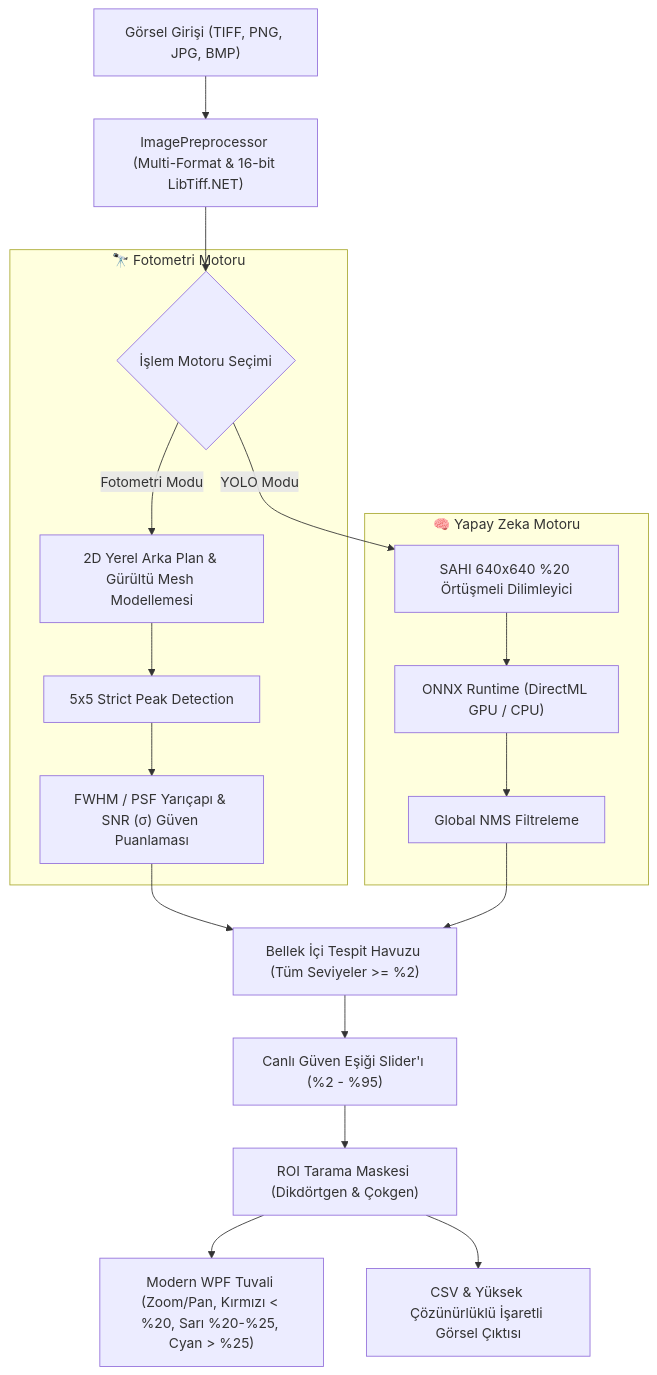
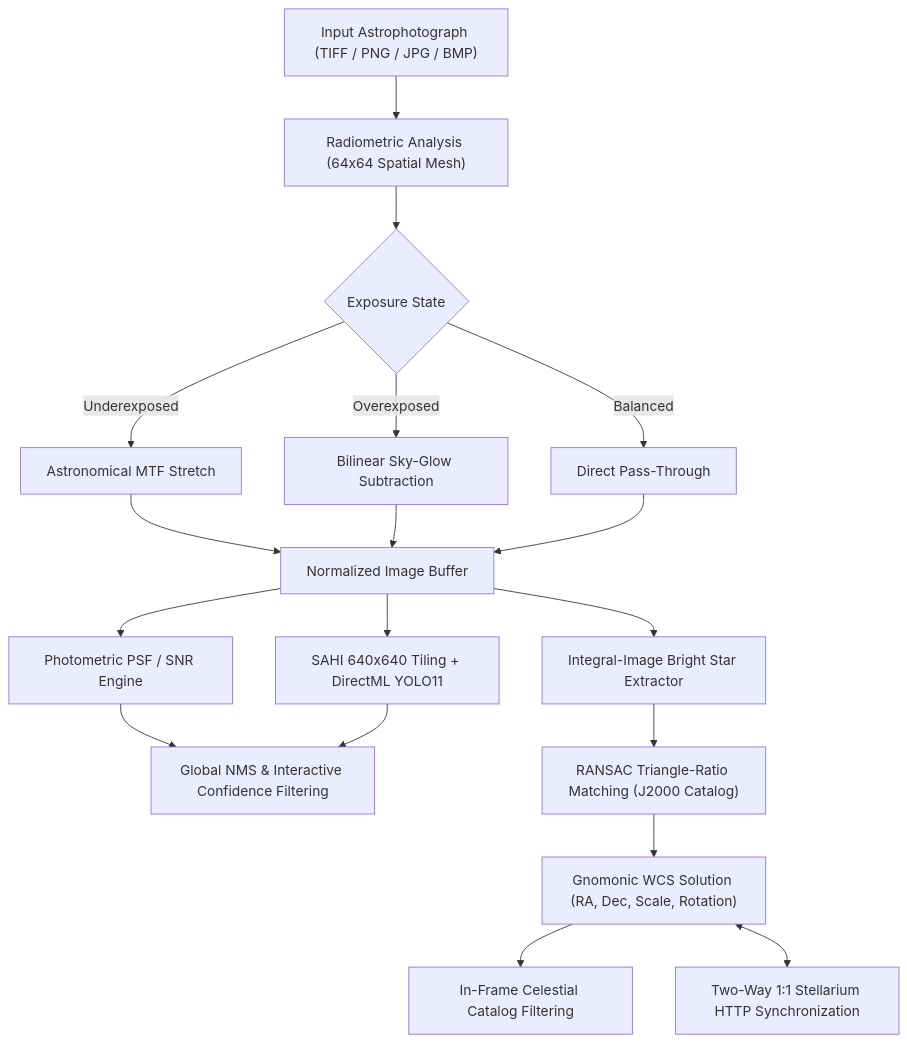
Before and after one commit to ghostkronos/AstroCounter: the diagram in README.md, drawn with Mermaid. The commit also changed other lines of this file and 26 other files, not shown here.

Commit message:
Release v1.1.2: Photometric calibration, in-frame catalog detection, bilingual UI, and Stellarium 1:1 sync

````diff
--- a/README.md
+++ b/README.md
@@ -118,26 +34,20 @@
 ```mermaid
 flowchart TD
-    A["Görsel Girişi (TIFF, PNG, JPG, BMP)"] --> B["ImagePreprocessor (Multi-Format & 16-bit LibTiff.NET)"]
-    B --> C{"İşlem Motoru Seçimi"}
-    
-    subgraph "🔭 Fotometri Motoru"
-        C -- "Fotometri Modu" --> D1["2D Yerel Arka Plan & Gürültü Mesh Modellemesi"]
-        D1 --> D2["5x5 Strict Peak Detection"]
-        D2 --> D3["FWHM / PSF Yarıçapı & SNR (σ) Güven Puanlaması"]
-    end
-
-    subgraph "🧠 Yapay Zeka Motoru"
-        C -- "YOLO Modu" --> E1["SAHI 640x640 %20 Örtüşmeli Dilimleyici"]
-        E1 --> E2["ONNX Runtime (DirectML GPU / CPU)"]
-        E2 --> E3["Global NMS Filtreleme"]
-    end
-
-    D3 --> F["Bellek İçi Tespit Havuzu (Tüm Seviyeler >= %2)"]
-    E3 --> F
-
-    F --> G["Canlı Güven Eşiği Slider'ı (%2 - %95)"]
-    G --> H["ROI Tarama Maskesi (Dikdörtgen & Çokgen)"]
-    
-    H --> I["Modern WPF Tuvali (Zoom/Pan, Kırmızı < %20, Sarı %20-%25, Cyan > %25)"]
-    H --> J["CSV & Yüksek Çözünürlüklü İşaretli Görsel Çıktısı"]
+    A["Input Astrophotograph (TIFF / PNG / JPG / BMP)"] --> B["Radiometric Analysis (64x64 Spatial Mesh)"]
+    B --> C{"Exposure State"}
+    C -->|Underexposed| D["Astronomical MTF Stretch"]
+    C -->|Overexposed| E["Bilinear Sky-Glow Subtraction"]
+    C -->|Balanced| F["Direct Pass-Through"]
+    D --> G["Normalized Image Buffer"]
+    E --> G
+    F --> G
+    G --> H["Photometric PSF / SNR Engine"]
+    G --> I["SAHI 640x640 Tiling + DirectML YOLO11"]
+    G --> J["Integral-Image Bright Star Extractor"]
+    H --> K["Global NMS & Interactive Confidence Filtering"]
+    I --> K
+    J --> L["RANSAC Triangle-Ratio Matching (J2000 Catalog)"]
+    L --> M["Gnomonic WCS Solution (RA, Dec, Scale, Rotation)"]
+    M --> N["In-Frame Celestial Catalog Filtering"]
+    M <--> O["Two-Way 1:1 Stellarium HTTP Synchronization"]
 ```
````
